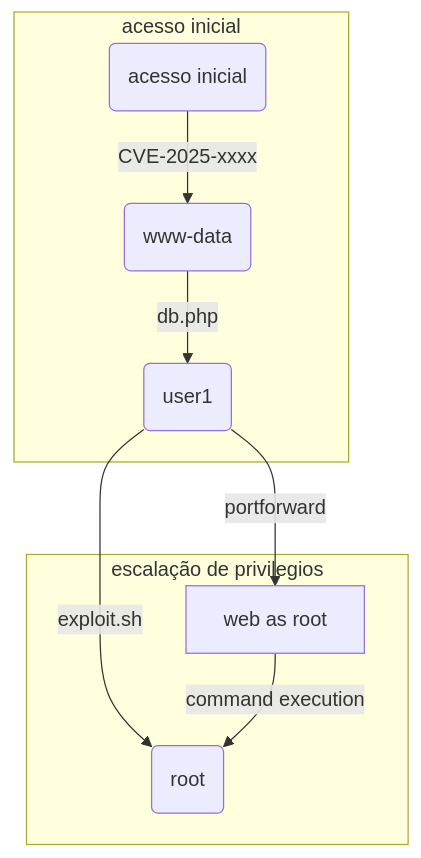
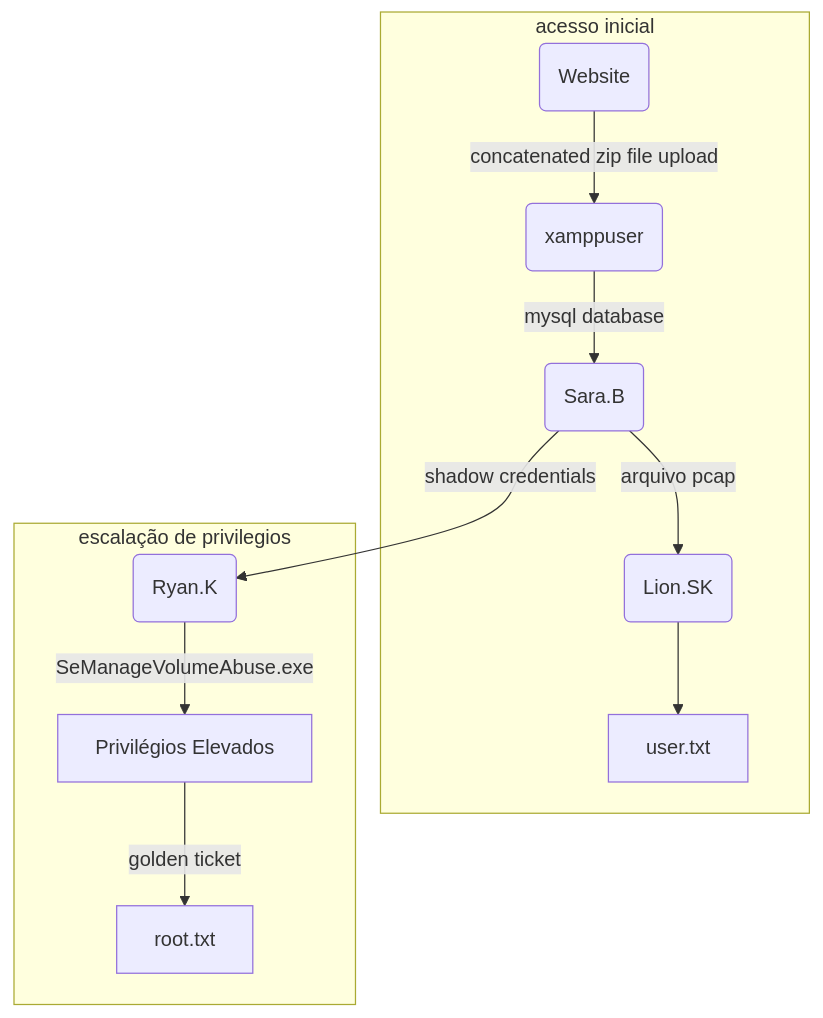
The diagram in content/CTF/Hackthebox/Certificate/Certificate HTB Write-up.md (Pre4ch3r/Hacking), drawn with Mermaid before and after one commit. The commit also changed other lines of this file, not shown here.

````diff
--- a/content/CTF/Hackthebox/Certificate/Certificate HTB Write-up.md
+++ b/content/CTF/Hackthebox/Certificate/Certificate HTB Write-up.md
@@ -352,12 +465,14 @@
 ```mermaid
 flowchart TD
 	subgraph acesso inicial
-    A(acesso inicial) -->|CVE-2025-xxxx| B(www-data) 
-    B -->|db.php| C(user1)
+    A(Website) -->|concatenated zip file upload| B(xamppuser) 
+    B -->|mysql database| C(Sara.B)
+    C -->|arquivo pcap| D(Lion.SK)
+    D --> E[user.txt]
     end
     subgraph escalação de privilegios
-    C -->|exploit.sh| D(root)
-    C -->|portforward| E[web as root]
-    E -->|command execution| D(root)
+    C -->|shadow credentials| F(Ryan.K)
+    F -->|SeManageVolumeAbuse.exe| G[Privilégios Elevados]
+    G -->|golden ticket| H[root.txt]
     end
 ```
````
